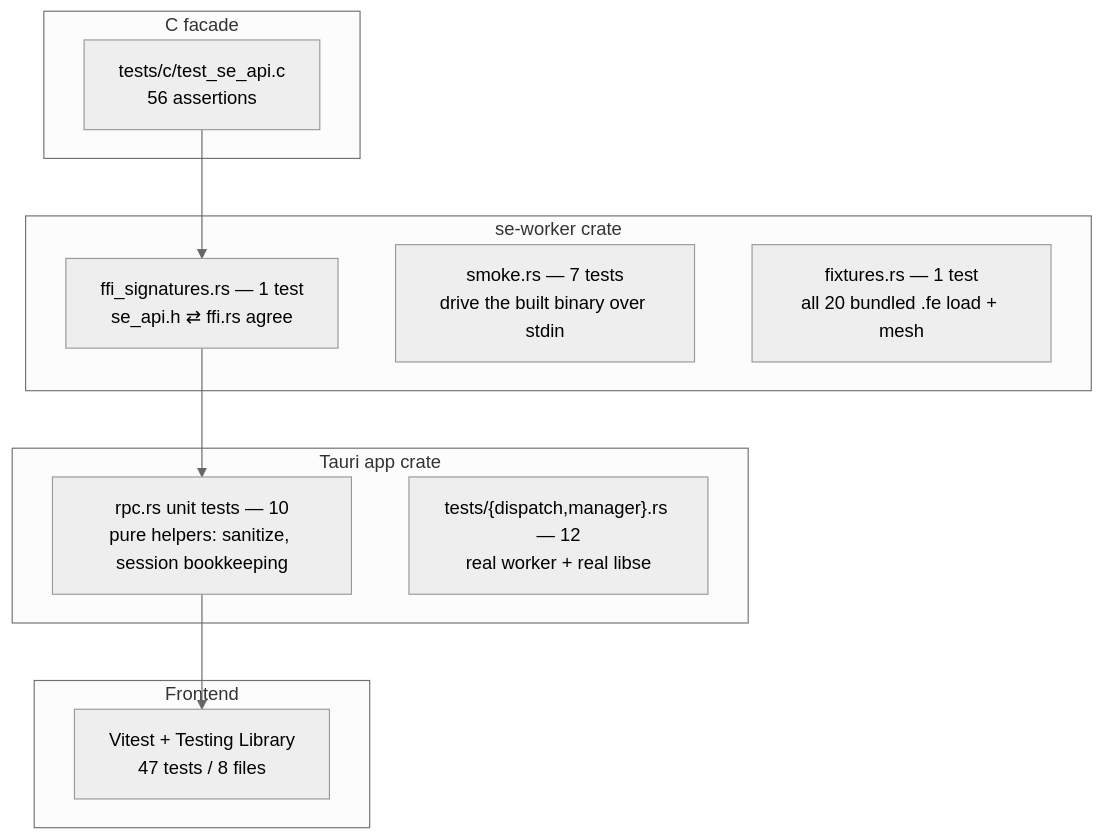
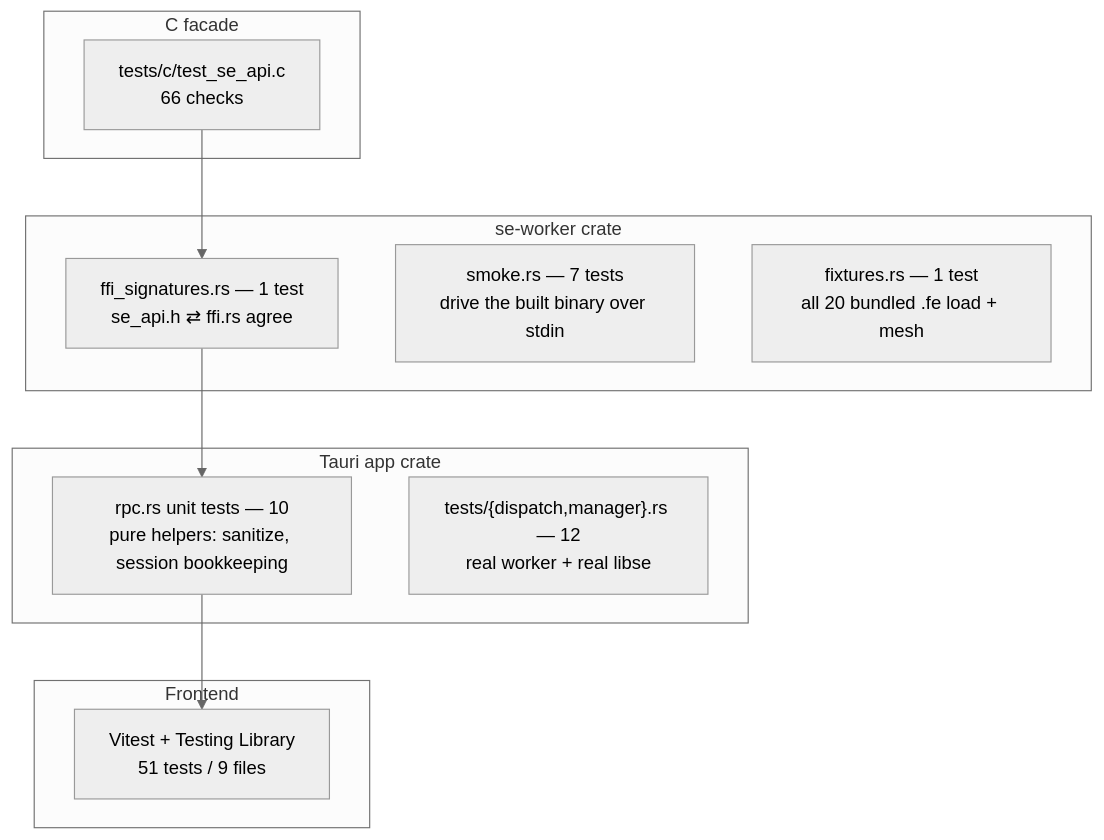
The fifth of 6 diagrams in ARCHITECTURE.md (sersergious/surface-evolver), drawn with Mermaid (neutral theme) before and after one commit. The commit also changed other lines of this file and 14 other files, not shown here.

````diff
--- a/ARCHITECTURE.md
+++ b/ARCHITECTURE.md
@@ -263,19 +263,19 @@
 ```mermaid
 flowchart TB
     subgraph C["C facade"]
-        CT["tests/c/test_se_api.c<br/>56 assertions"]
+        CT["tests/c/test_se_api.c<br/>66 checks"]
     end
     subgraph Worker["se-worker crate"]
         WF["ffi_signatures.rs — 1 test<br/>se_api.h ⇄ ffi.rs agree"]
         WS["smoke.rs — 7 tests<br/>drive the built binary over stdin"]
         WX["fixtures.rs — 1 test<br/>all 20 bundled .fe load + mesh"]
     end
     subgraph App["Tauri app crate"]
         AU["rpc.rs unit tests — 10<br/>pure helpers: sanitize, session bookkeeping"]
         AI["tests/{dispatch,manager}.rs — 12<br/>real worker + real libse"]
     end
     subgraph FE["Frontend"]
-        FT["Vitest + Testing Library<br/>47 tests / 8 files"]
+        FT["Vitest + Testing Library<br/>51 tests / 9 files"]
     end
     CT --> WF --> AU --> FT
 ```
````
